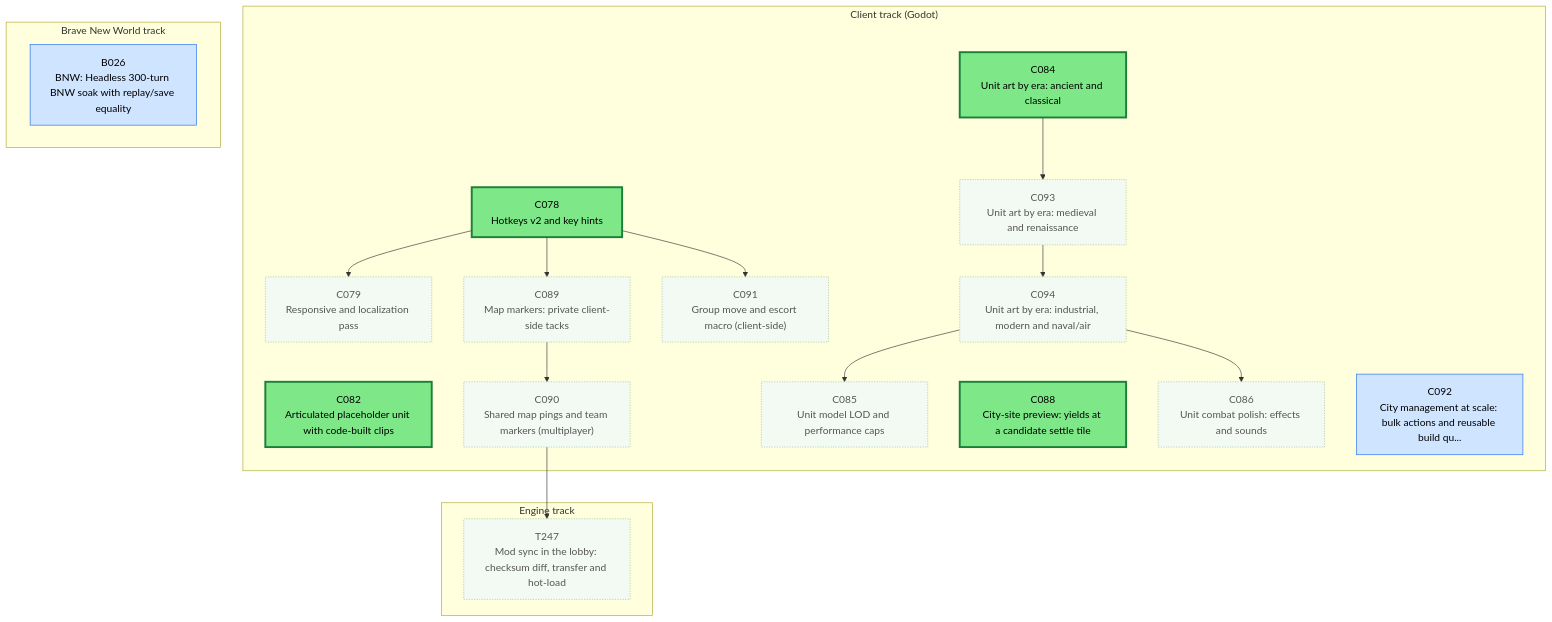
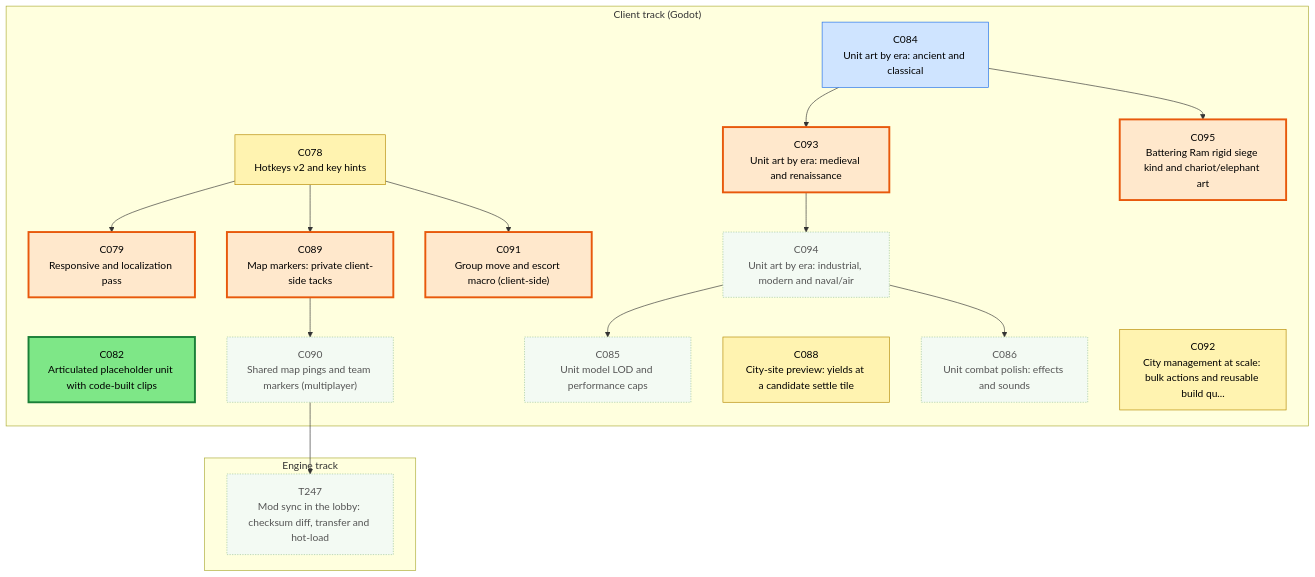
One commit to Kenmura/Unciv changed the first of 3 diagrams in csharp/migration/DEPENDENCY_MAP.md. Above: the diagram before and after it, drawn with Mermaid. The commit also changed other lines of this file and 2 other files, not shown here.

````diff
--- a/csharp/migration/DEPENDENCY_MAP.md
+++ b/csharp/migration/DEPENDENCY_MAP.md
@@ -25,55 +25,54 @@
 ```mermaid
 flowchart TD
   subgraph TTRACK["Engine track"]
     T247["T247<br/>Mod sync in the lobby: checksum diff, transfer and hot-load"]
   end
   subgraph CTRACK["Client track (Godot)"]
     C078["C078<br/>Hotkeys v2 and key hints"]
     C079["C079<br/>Responsive and localization pass"]
     C082["C082<br/>Articulated placeholder unit with code-built clips"]
     C084["C084<br/>Unit art by era: ancient and classical"]
     C085["C085<br/>Unit model LOD and performance caps"]
     C086["C086<br/>Unit combat polish: effects and sounds"]
     C088["C088<br/>City-site preview: yields at a candidate settle tile"]
     C089["C089<br/>Map markers: private client-side tacks"]
     C090["C090<br/>Shared map pings and team markers (multiplayer)"]
     C091["C091<br/>Group move and escort macro (client-side)"]
     C092["C092<br/>City management at scale: bulk actions and reusable build qu..."]
     C093["C093<br/>Unit art by era: medieval and renaissance"]
     C094["C094<br/>Unit art by era: industrial, modern and naval/air"]
-  end
-  subgraph BTRACK["Brave New World track"]
-    B026["B026<br/>BNW: Headless 300-turn BNW soak with replay/save equality"]
+    C095["C095<br/>Battering Ram rigid siege kind and chariot/elephant art"]
   end
   C090 --> T247
   C078 --> C079
   C094 --> C085
   C094 --> C086
   C078 --> C089
   C089 --> C090
   C078 --> C091
   C084 --> C093
   C093 --> C094
+  C084 --> C095
   classDef waiting fill:#f3faf3,stroke:#9bc49b,color:#555,stroke-dasharray:2 2
   classDef ondeck fill:#ffe8cc,stroke:#e8590c,stroke-width:3px,color:#000
   classDef ready fill:#7ee787,stroke:#1a7f37,stroke-width:3px,color:#000
   classDef prog fill:#fff3b0,stroke:#b58900,color:#000
   classDef review fill:#cfe4ff,stroke:#1f6feb,color:#000
   classDef blocked fill:#ffd6d6,stroke:#c62828,color:#000
   classDef done fill:#eeeeee,stroke:#999999,color:#666,stroke-dasharray:4 3
-  class B026 review
-  class C078 ready
-  class C079 waiting
+  class C078 prog
+  class C079 ondeck
   class C082 ready
-  class C084 ready
+  class C084 review
   class C085 waiting
   class C086 waiting
-  class C088 ready
-  class C089 waiting
+  class C088 prog
+  class C089 ondeck
   class C090 waiting
-  class C091 waiting
-  class C092 review
-  class C093 waiting
+  class C091 ondeck
+  class C092 prog
+  class C093 ondeck
   class C094 waiting
+  class C095 ondeck
   class T247 waiting
 ```
````
